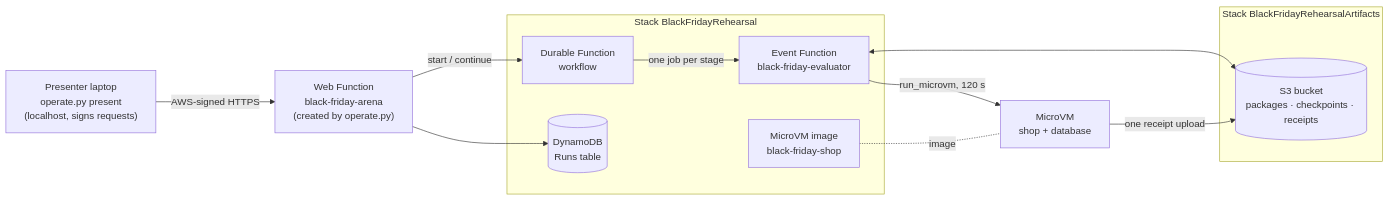
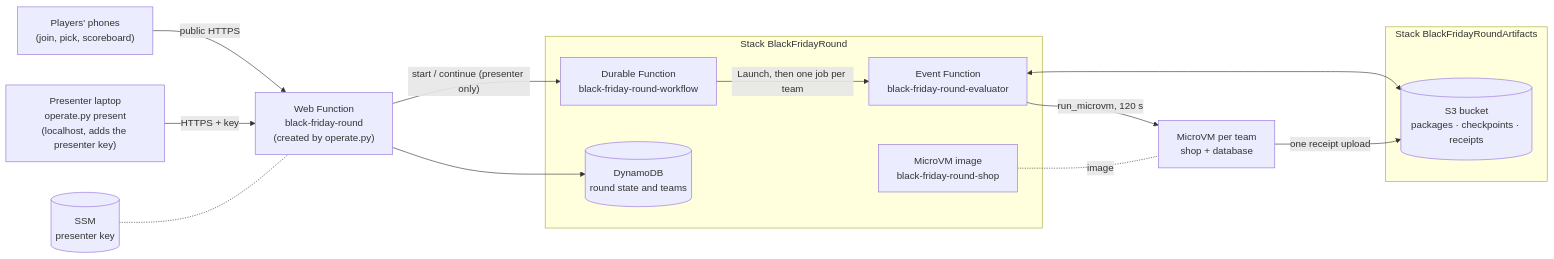
The second of 5 diagrams in docs/architecture.md (grumpydevorg/blackfriday), drawn with Mermaid before and after one commit. The commit also changed other lines of this file and 21 other files, not shown here.

First line of the commit message:
feat: the audience Growth round, public player page and keyed presenter page

````diff
--- a/docs/architecture.md
+++ b/docs/architecture.md
@@ -53,21 +58,23 @@
 ```mermaid
 flowchart LR
-  P["Presenter laptop<br/>operate.py present<br/>(localhost, signs requests)"] -->|"AWS-signed HTTPS"| W
-  W["Web Function<br/>black-friday-arena<br/>(created by operate.py)"]
-  subgraph R["Stack BlackFridayRehearsal"]
-    D["Durable Function<br/>workflow"]
-    E["Event Function<br/>black-friday-evaluator"]
-    M["MicroVM image<br/>black-friday-shop"]
-    T[("DynamoDB<br/>Runs table")]
+  Ph["Players' phones<br/>(join, pick, scoreboard)"] -->|"public HTTPS"| W
+  P["Presenter laptop<br/>operate.py present<br/>(localhost, adds the presenter key)"] -->|"HTTPS + key"| W
+  W["Web Function<br/>black-friday-round<br/>(created by operate.py)"]
+  K[("SSM<br/>presenter key")] -.- W
+  subgraph R["Stack BlackFridayRound"]
+    D["Durable Function<br/>black-friday-round-workflow"]
+    E["Event Function<br/>black-friday-round-evaluator"]
+    M["MicroVM image<br/>black-friday-round-shop"]
+    T[("DynamoDB<br/>round state and teams")]
   end
-  subgraph A["Stack BlackFridayRehearsalArtifacts"]
+  subgraph A["Stack BlackFridayRoundArtifacts"]
     S3[("S3 bucket<br/>packages · checkpoints · receipts")]
   end
   W --> T
-  W -->|"start / continue"| D
-  D -->|"one job per stage"| E
-  E -->|"run_microvm, 120 s"| V["MicroVM<br/>shop + database"]
+  W -->|"start / continue (presenter only)"| D
+  D -->|"Launch, then one job per team"| E
+  E -->|"run_microvm, 120 s"| V["MicroVM per team<br/>shop + database"]
   M -.image.- V
   E <--> S3
   V -->|"one receipt upload"| S3
 ```
````
